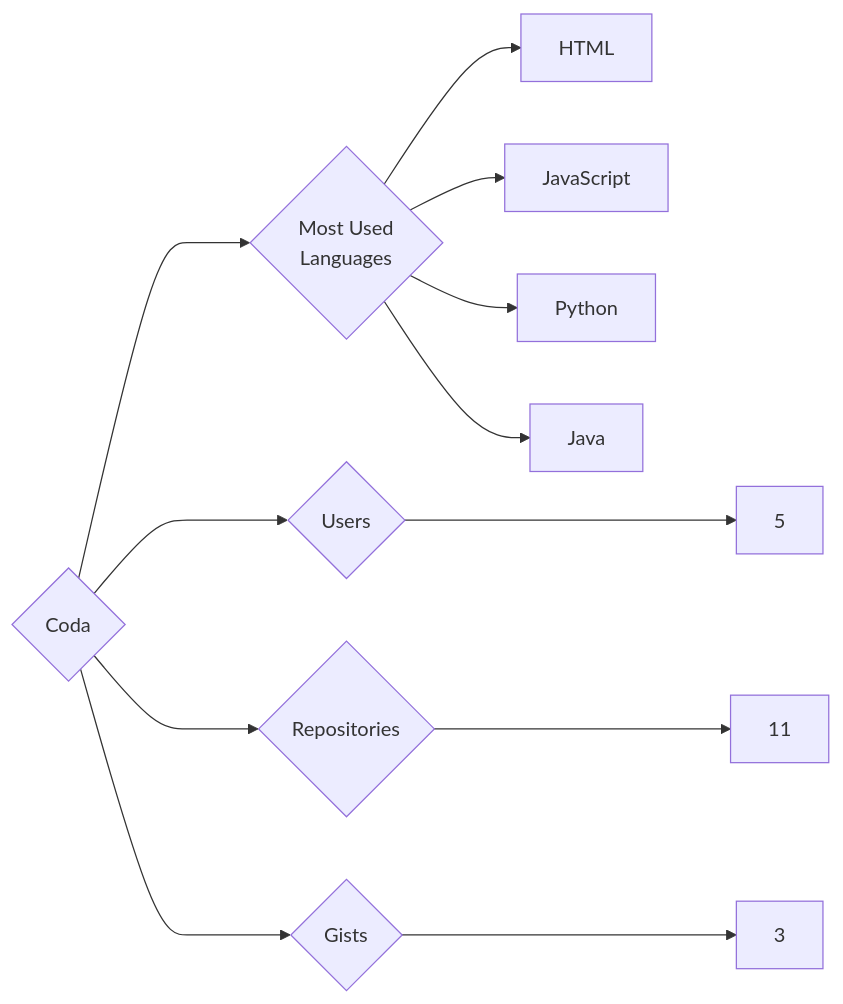
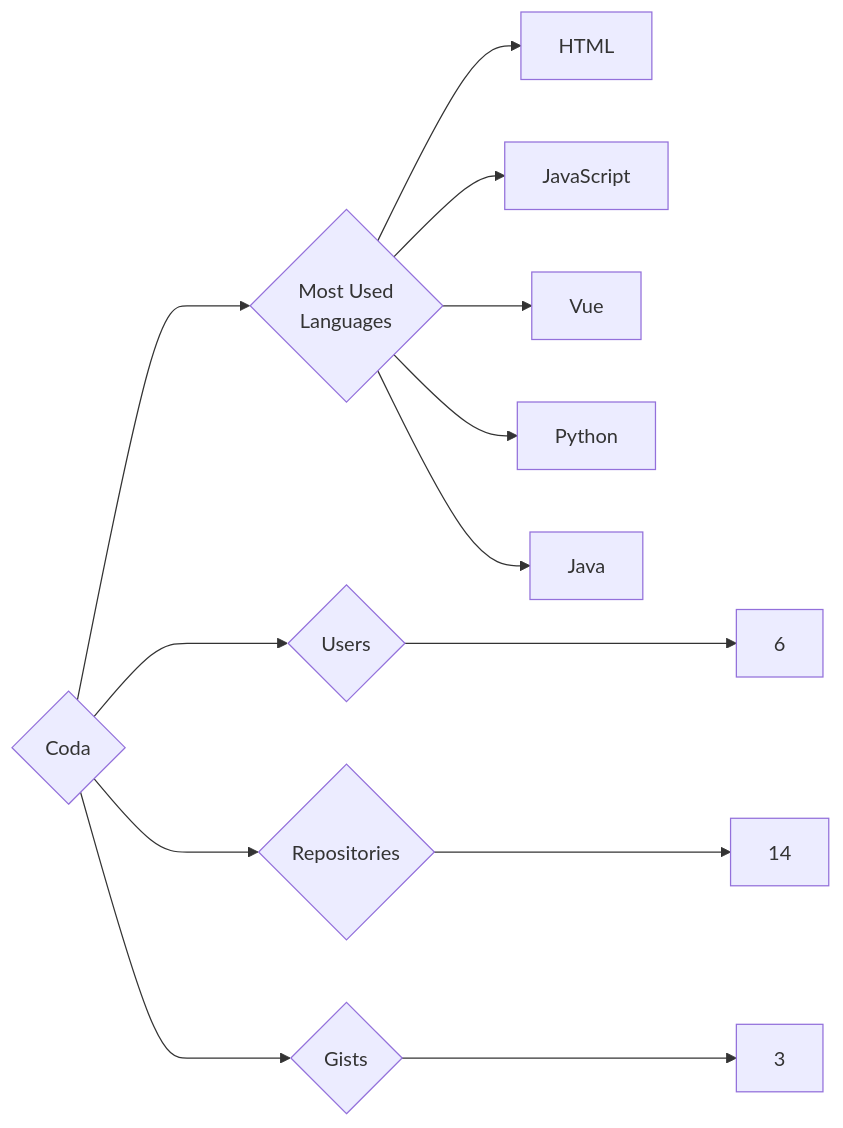
One commit to trickest/insiders changed the diagram in targets/Coda/README.md. Above: the diagram before and after it, drawn with Mermaid. The commit also changed 985 other files, not shown here.

````diff
--- a/targets/Coda/README.md
+++ b/targets/Coda/README.md
@@ -3,12 +3,13 @@
 ```mermaid
 graph LR
 COMPANY_NAME{Coda}
-COMPANY_NAME ---> U{Users} ---> UN[5]
-COMPANY_NAME ---> R{Repositories} ---> RN[11]
+COMPANY_NAME ---> U{Users} ---> UN[6]
+COMPANY_NAME ---> R{Repositories} ---> RN[14]
 COMPANY_NAME ---> G{Gists} ---> GN[3]
 COMPANY_NAME ---> ML{Most Used<br>Languages}
 ML --> HTML[HTML]
 ML --> JavaScript[JavaScript]
+ML --> Vue[Vue]
 ML --> Python[Python]
 ML --> Java[Java]
 ```
````
